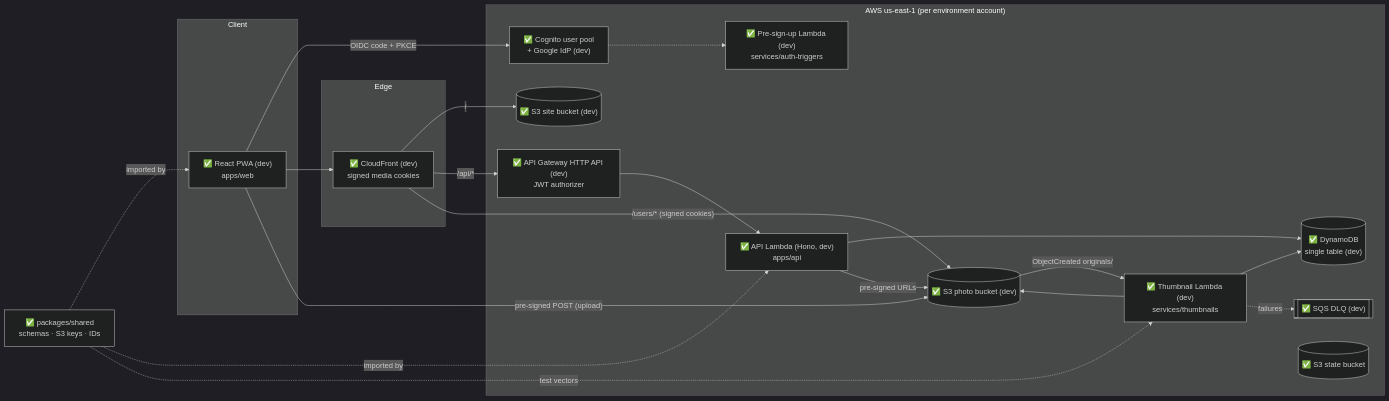
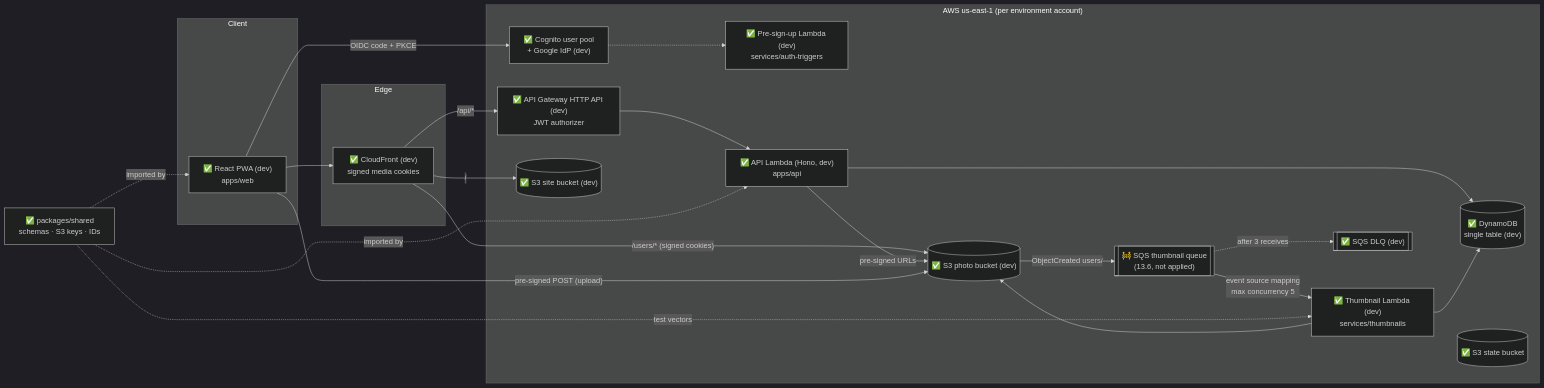
One commit to EdgarA28/Photo-app changed the first of 7 diagrams in ARCHITECTURE.md. Above: the diagram before and after it, drawn with Mermaid (dark theme). The commit also changed other lines of this file and 10 other files, not shown here.

First line of the commit message:
Put an SQS queue in front of the thumbnail Lambda (13.6)

````diff
--- a/ARCHITECTURE.md
+++ b/ARCHITECTURE.md
@@ -69,42 +69,44 @@
 ```mermaid
 flowchart LR
   subgraph Client
     PWA["✅ React PWA (dev)<br/>apps/web"]
   end
 
   subgraph Edge
     CF["✅ CloudFront (dev)<br/>signed media cookies"]
   end
 
   subgraph AWS["AWS us-east-1 (per environment account)"]
     COG["✅ Cognito user pool<br/>+ Google IdP (dev)"]
     TRIG["✅ Pre-sign-up Lambda (dev)<br/>services/auth-triggers"]
     APIGW["✅ API Gateway HTTP API (dev)<br/>JWT authorizer"]
     API["✅ API Lambda (Hono, dev)<br/>apps/api"]
     DDB[("✅ DynamoDB<br/>single table (dev)")]
     WEB[("✅ S3 site bucket (dev)")]
     S3[("✅ S3 photo bucket (dev)")]
     THUMB["✅ Thumbnail Lambda (dev)<br/>services/thumbnails"]
+    TQ[["🚧 SQS thumbnail queue<br/>(13.6, not applied)"]]
     DLQ[["✅ SQS DLQ (dev)"]]
     STATE[("✅ S3 state bucket")]
   end
 
   SHARED["✅ packages/shared<br/>schemas · S3 keys · IDs"]
 
   PWA -- "OIDC code + PKCE" --> COG
   COG -.-> TRIG
   PWA --> CF
   CF -- "/" --> WEB
   CF -- "/api/*" --> APIGW --> API
   CF -- "/users/* (signed cookies)" --> S3
   API --> DDB
   API -- "pre-signed URLs" --> S3
   PWA -- "pre-signed POST (upload)" --> S3
-  S3 -- "ObjectCreated originals/" --> THUMB
+  S3 -- "ObjectCreated users/" --> TQ
+  TQ -- "event source mapping<br/>max concurrency 5" --> THUMB
   THUMB --> S3
   THUMB --> DDB
-  THUMB -. "failures" .-> DLQ
+  TQ -. "after 3 receives" .-> DLQ
   SHARED -. "imported by" .-> PWA
   SHARED -. "imported by" .-> API
   SHARED -. "test vectors" .-> THUMB
 ```
````
